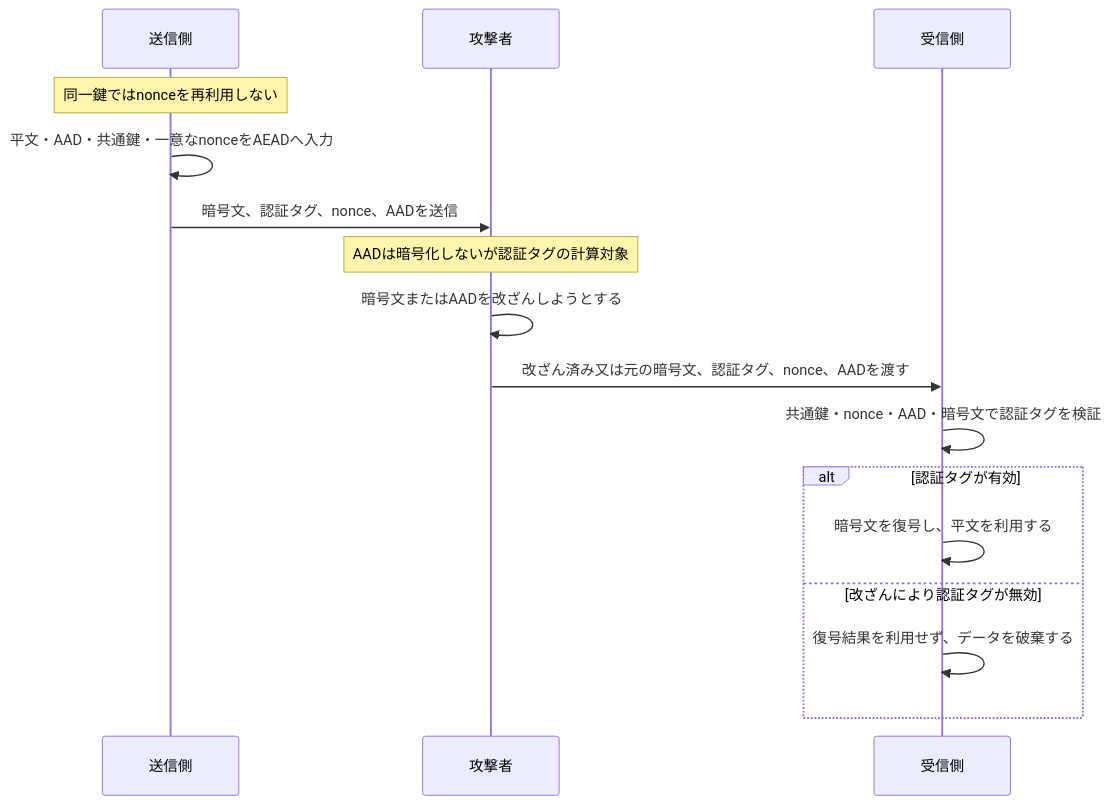
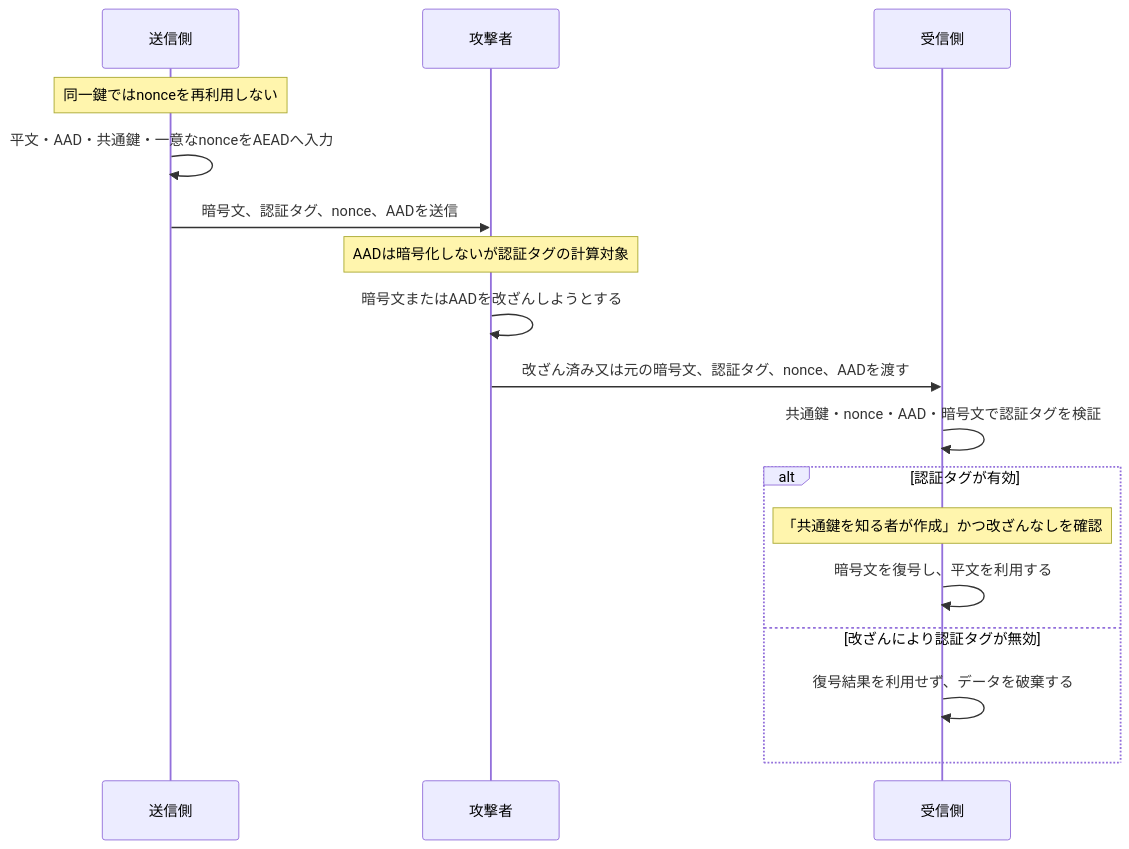
Before and after one commit to ryusuke2003/security-specialist-study: the second of 3 diagrams in 復習用/流れ図/AEADの暗号化と認証タグ検証.md, drawn with Mermaid. The commit also changed other lines of this file and 2 other files, not shown here.

````diff
--- a/復習用/流れ図/AEADの暗号化と認証タグ検証.md
+++ b/復習用/流れ図/AEADの暗号化と認証タグ検証.md
@@ -3,20 +31,21 @@
 ```mermaid
 sequenceDiagram
     participant S as 送信側
     participant X as 攻撃者
     participant R as 受信側
 
     Note over S: 同一鍵ではnonceを再利用しない
     S->>S: 平文・AAD・共通鍵・一意なnonceをAEADへ入力
     S->>X: 暗号文、認証タグ、nonce、AADを送信
     Note over X: AADは暗号化しないが認証タグの計算対象
     X->>X: 暗号文またはAADを改ざんしようとする
     X->>R: 改ざん済み又は元の暗号文、認証タグ、nonce、AADを渡す
     R->>R: 共通鍵・nonce・AAD・暗号文で認証タグを検証
 
     alt 認証タグが有効
+        Note over R: 「共通鍵を知る者が作成」かつ改ざんなしを確認
         R->>R: 暗号文を復号し、平文を利用する
     else 改ざんにより認証タグが無効
         R->>R: 復号結果を利用せず、データを破棄する
     end
 ```
````
